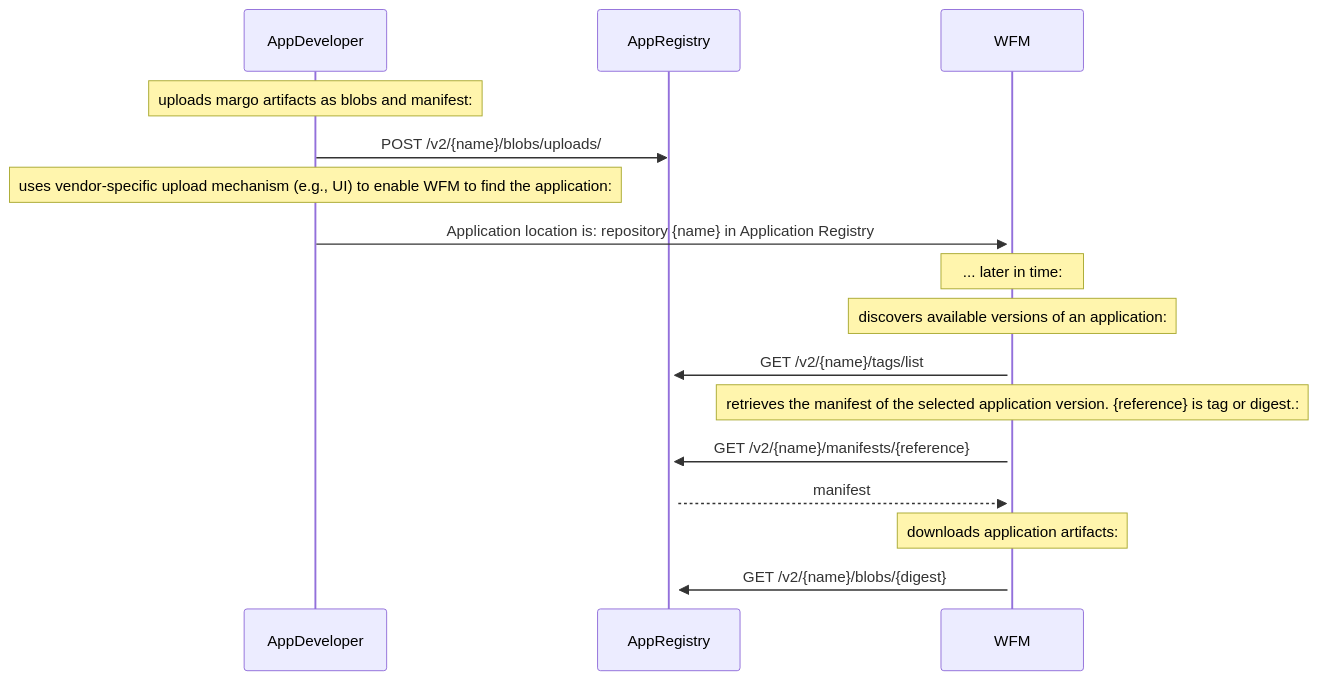
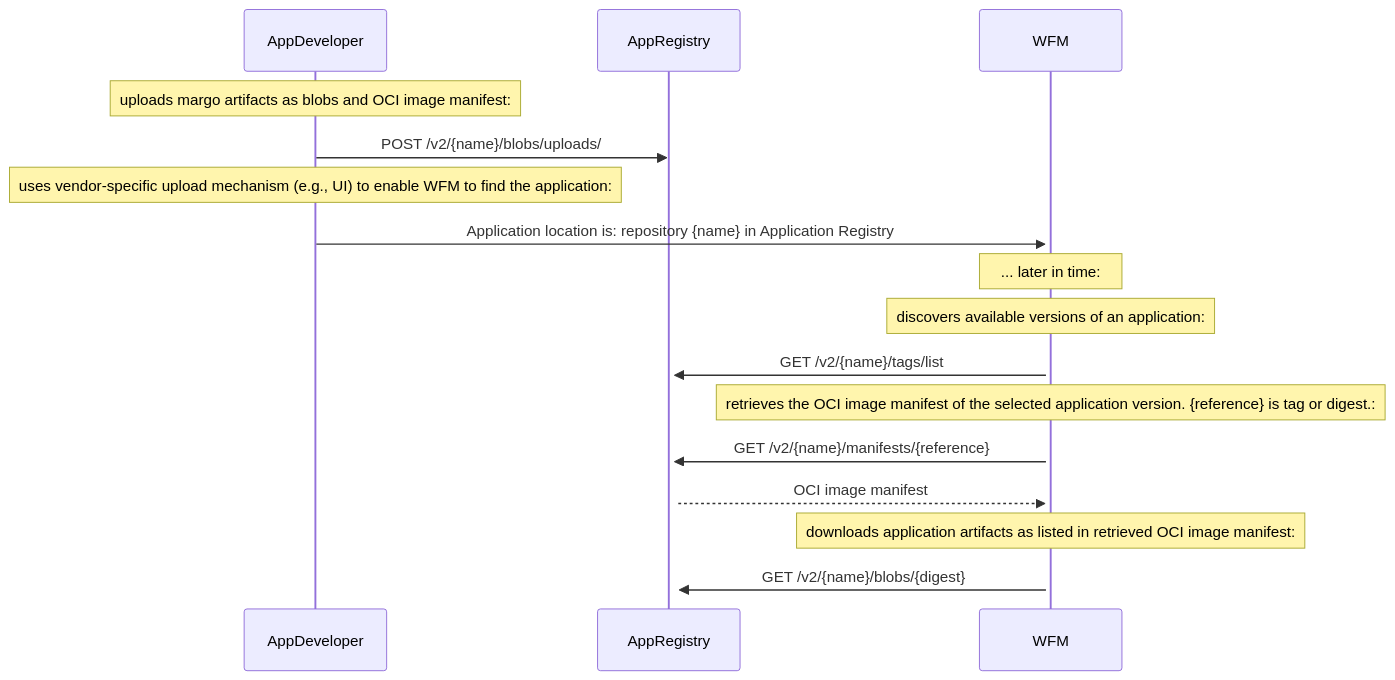
Before and after one commit to jjaswanson4/specification-enhancements: the third of 3 diagrams in submitted/sup_app_registry_as_oci.md, drawn with Mermaid. The commit also changed other lines of this file, not shown here.

Commit message:
Clarifying the use of OCI image manifest and mediaTypes

````diff
--- a/submitted/sup_app_registry_as_oci.md
+++ b/submitted/sup_app_registry_as_oci.md
@@ -115,22 +122,22 @@
 ```mermaid
 sequenceDiagram
 
-    Note over AppDeveloper: uploads margo artifacts as blobs and manifest:
+    Note over AppDeveloper: uploads margo artifacts as blobs and OCI image manifest:
     AppDeveloper->>AppRegistry: POST /v2/{name}/blobs/uploads/
 
 
     Note over AppDeveloper: uses vendor-specific upload mechanism (e.g., UI) to enable WFM to find the application:
     AppDeveloper->>+WFM: Application location is: repository {name} in Application Registry
     
     Note over WFM: ... later in time:
     Note over WFM: discovers available versions of an application:
     WFM->>+AppRegistry: GET /v2/{name}/tags/list
     
-    Note over WFM: retrieves the manifest of the selected application version. {reference} is tag or digest.:
+    Note over WFM: retrieves the OCI image manifest of the selected application version. {reference} is tag or digest.:
     WFM->>+AppRegistry: GET /v2/{name}/manifests/{reference}
     
-    AppRegistry-->>+WFM: manifest
+    AppRegistry-->>+WFM: OCI image manifest
 
-    Note over WFM: downloads application artifacts:
+    Note over WFM: downloads application artifacts as listed in retrieved OCI image manifest:
     WFM->>AppRegistry: GET /v2/{name}/blobs/{digest}
 ```
````
